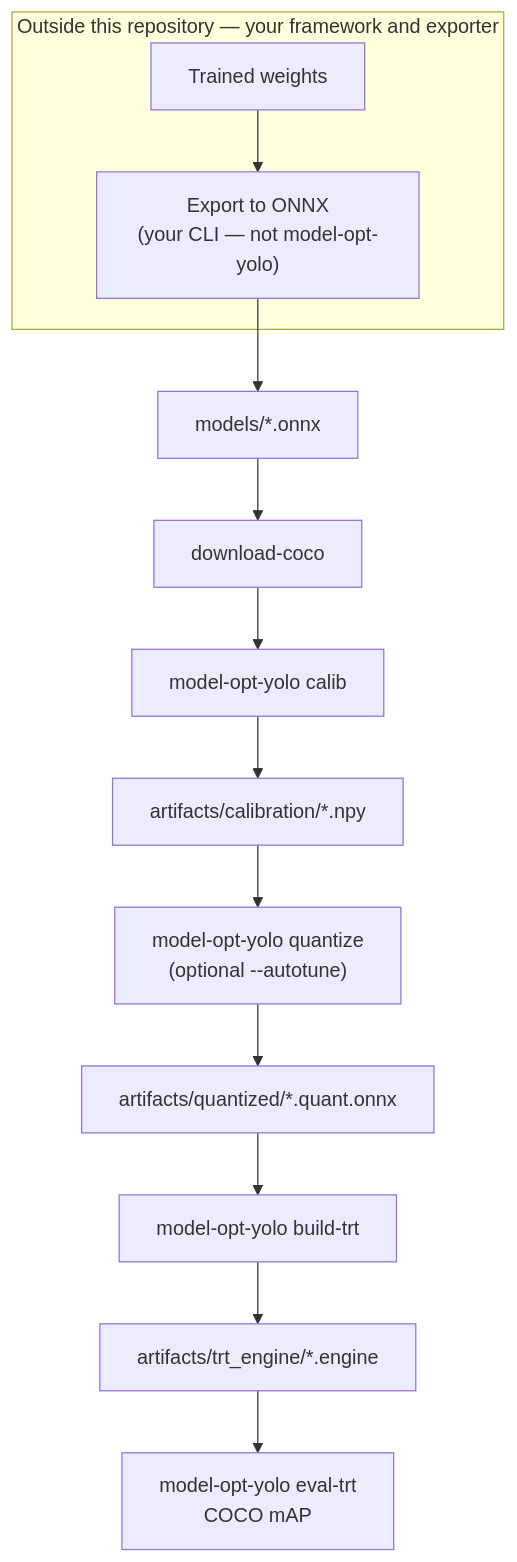
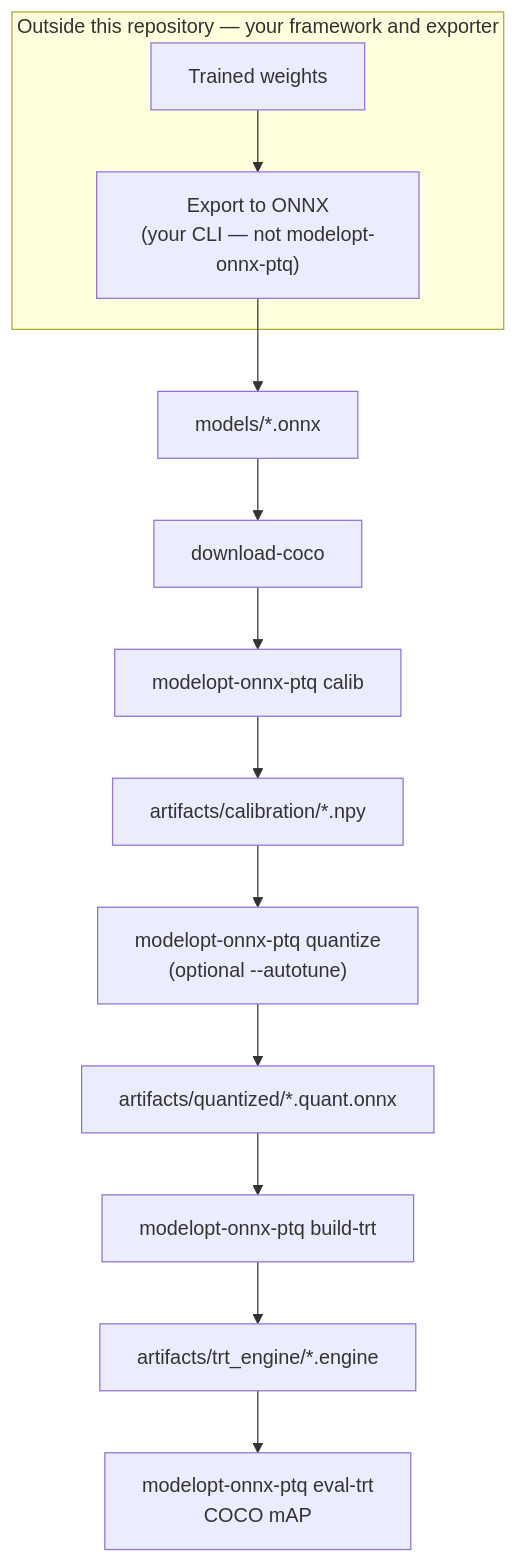
The fourth of 4 diagrams in docs/workflow.md (levipereira/Model-Optimizer-ONNX), drawn with Mermaid before and after one commit. The commit also changed other lines of this file and 45 other files, not shown here.

Commit message:
chore: rename project to modelopt-onnx-ptq (PyPI, CLI, modelopt_onnx_ptq package)

````diff
--- a/docs/workflow.md
+++ b/docs/workflow.md
@@ -88,15 +88,15 @@
 ```mermaid
 flowchart TD
   subgraph EXT["Outside this repository — your framework and exporter"]
-    A[Trained weights] --> B["Export to ONNX<br/>(your CLI — not model-opt-yolo)"]
+    A[Trained weights] --> B["Export to ONNX<br/>(your CLI — not modelopt-onnx-ptq)"]
   end
   B --> C[models/*.onnx]
   C --> H[download-coco]
-  H --> I[model-opt-yolo calib]
+  H --> I[modelopt-onnx-ptq calib]
   I --> J[artifacts/calibration/*.npy]
-  J --> Q["model-opt-yolo quantize<br/>(optional --autotune)"]
+  J --> Q["modelopt-onnx-ptq quantize<br/>(optional --autotune)"]
   Q --> L[artifacts/quantized/*.quant.onnx]
-  L --> M[model-opt-yolo build-trt]
+  L --> M[modelopt-onnx-ptq build-trt]
   M --> N[artifacts/trt_engine/*.engine]
-  N --> O[model-opt-yolo eval-trt<br/>COCO mAP]
+  N --> O[modelopt-onnx-ptq eval-trt<br/>COCO mAP]
 ```
````
